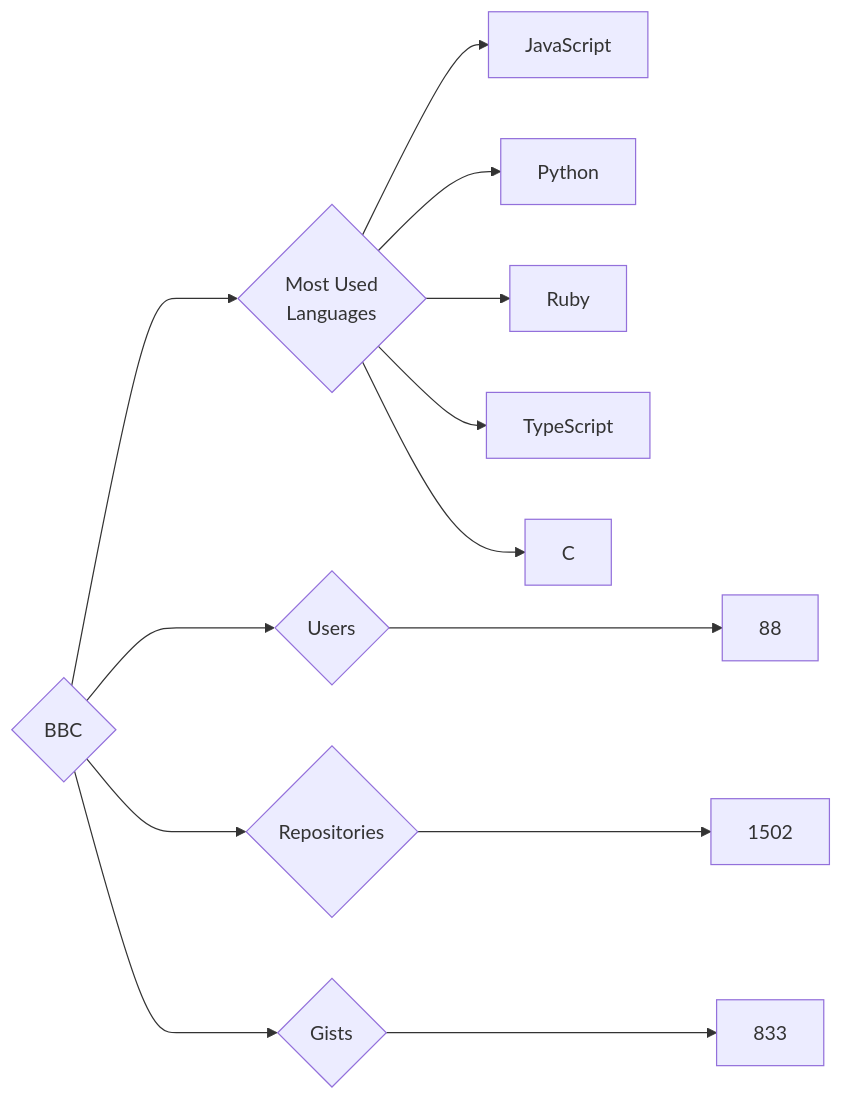
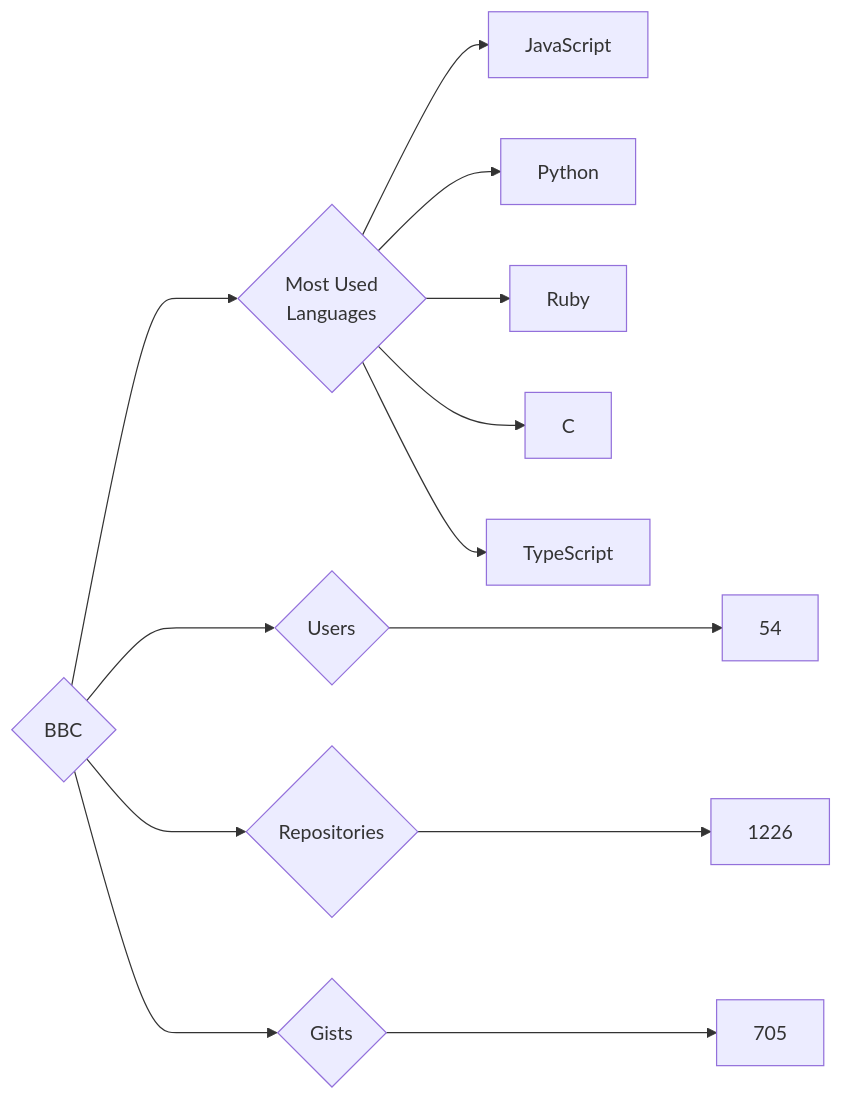
The diagram in targets/BBC/README.md (trickest/insiders), drawn with Mermaid before and after one commit. The commit also changed 777 other files, not shown here.

````diff
--- a/targets/BBC/README.md
+++ b/targets/BBC/README.md
@@ -3,13 +3,13 @@
 ```mermaid
 graph LR
 COMPANY_NAME{BBC}
-COMPANY_NAME ---> U{Users} ---> UN[88]
-COMPANY_NAME ---> R{Repositories} ---> RN[1502]
-COMPANY_NAME ---> G{Gists} ---> GN[833]
+COMPANY_NAME ---> U{Users} ---> UN[54]
+COMPANY_NAME ---> R{Repositories} ---> RN[1226]
+COMPANY_NAME ---> G{Gists} ---> GN[705]
 COMPANY_NAME ---> ML{Most Used<br>Languages}
 ML --> JavaScript[JavaScript]
 ML --> Python[Python]
 ML --> Ruby[Ruby]
+ML --> C[C]
 ML --> TypeScript[TypeScript]
-ML --> C[C]
 ```
````
